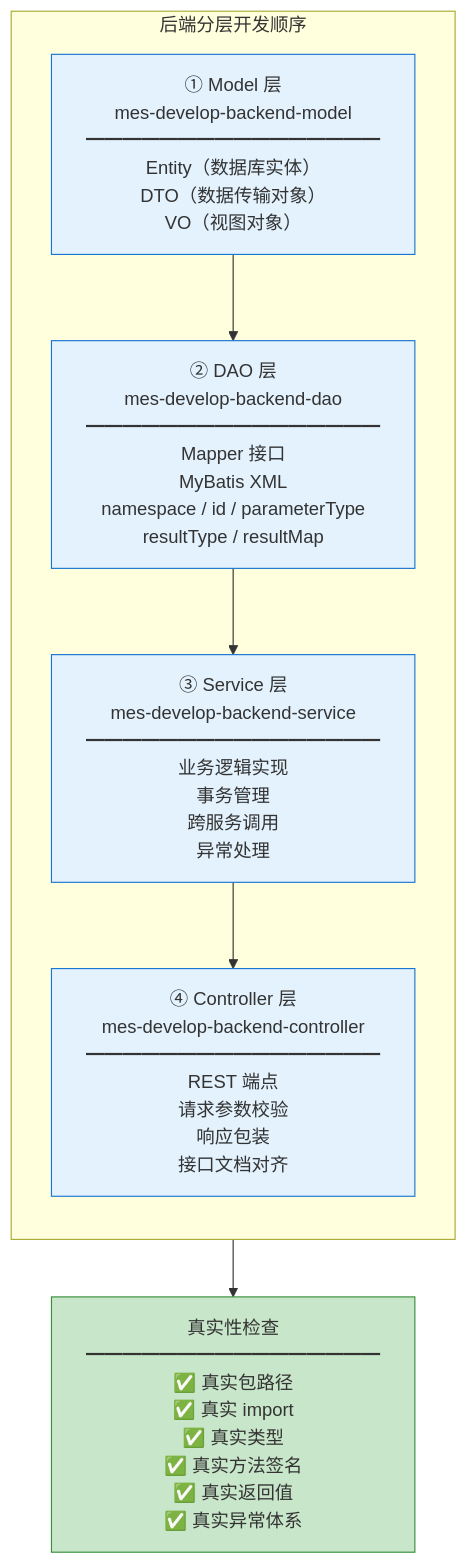
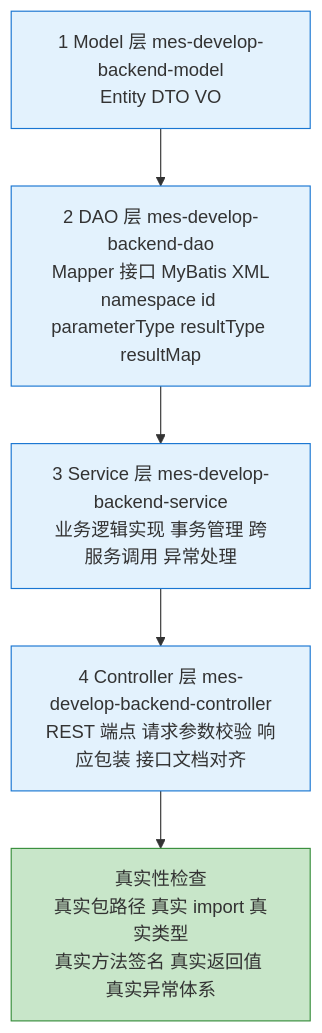
Before and after one commit to mes-openai/mes-ai-dev: the fourth of 5 diagrams in mes-ai-dev/workspace/training/04-phase-develop-flowchart.md, drawn with Mermaid. The commit also changed other lines of this file and 12 other files, not shown here.

Commit message:
重新生成阶段流程图

````diff
--- a/mes-ai-dev/workspace/training/04-phase-develop-flowchart.md
+++ b/mes-ai-dev/workspace/training/04-phase-develop-flowchart.md
@@ -209,25 +203,19 @@
 ```mermaid
 flowchart TB
-    subgraph BACKEND["后端分层开发顺序"]
-        direction TB
-        MODEL["① Model 层<br/>mes-develop-backend-model<br/>━━━━━━━━━━━━━━━━<br/>Entity（数据库实体）<br/>DTO（数据传输对象）<br/>VO（视图对象）"]
-        
-        DAO["② DAO 层<br/>mes-develop-backend-dao<br/>━━━━━━━━━━━━━━━━<br/>Mapper 接口<br/>MyBatis XML<br/>namespace / id / parameterType<br/>resultType / resultMap"]
-        
-        SERVICE["③ Service 层<br/>mes-develop-backend-service<br/>━━━━━━━━━━━━━━━━<br/>业务逻辑实现<br/>事务管理<br/>跨服务调用<br/>异常处理"]
-        
-        CONTROLLER["④ Controller 层<br/>mes-develop-backend-controller<br/>━━━━━━━━━━━━━━━━<br/>REST 端点<br/>请求参数校验<br/>响应包装<br/>接口文档对齐"]
-    end
+    MODEL["1 Model 层 mes-develop-backend-model<br>Entity DTO VO"]
+    DAO["2 DAO 层 mes-develop-backend-dao<br>Mapper 接口 MyBatis XML<br>namespace id parameterType resultType resultMap"]
+    SERVICE["3 Service 层 mes-develop-backend-service<br>业务逻辑实现 事务管理 跨服务调用 异常处理"]
+    CONTROLLER["4 Controller 层 mes-develop-backend-controller<br>REST 端点 请求参数校验 响应包装 接口文档对齐"]
 
-    MODEL --> DAO --> SERVICE --> CONTROLLER
+    MODEL --> DAO
+    DAO --> SERVICE
+    SERVICE --> CONTROLLER
 
-    REALITY[真实性检查<br/>━━━━━━━━━━━━━━━━<br/>✅ 真实包路径<br/>✅ 真实 import<br/>✅ 真实类型<br/>✅ 真实方法签名<br/>✅ 真实返回值<br/>✅ 真实异常体系] 
-
-    CONTROLLER --> REALITY
+    CONTROLLER --> REALITY["真实性检查<br>真实包路径 真实 import 真实类型<br>真实方法签名 真实返回值 真实异常体系"]
 
     style MODEL fill:#E3F2FD,stroke:#1976D2
     style DAO fill:#E3F2FD,stroke:#1976D2
     style SERVICE fill:#E3F2FD,stroke:#1976D2
     style CONTROLLER fill:#E3F2FD,stroke:#1976D2
     style REALITY fill:#C8E6C9,stroke:#388E3C
 ```
````
